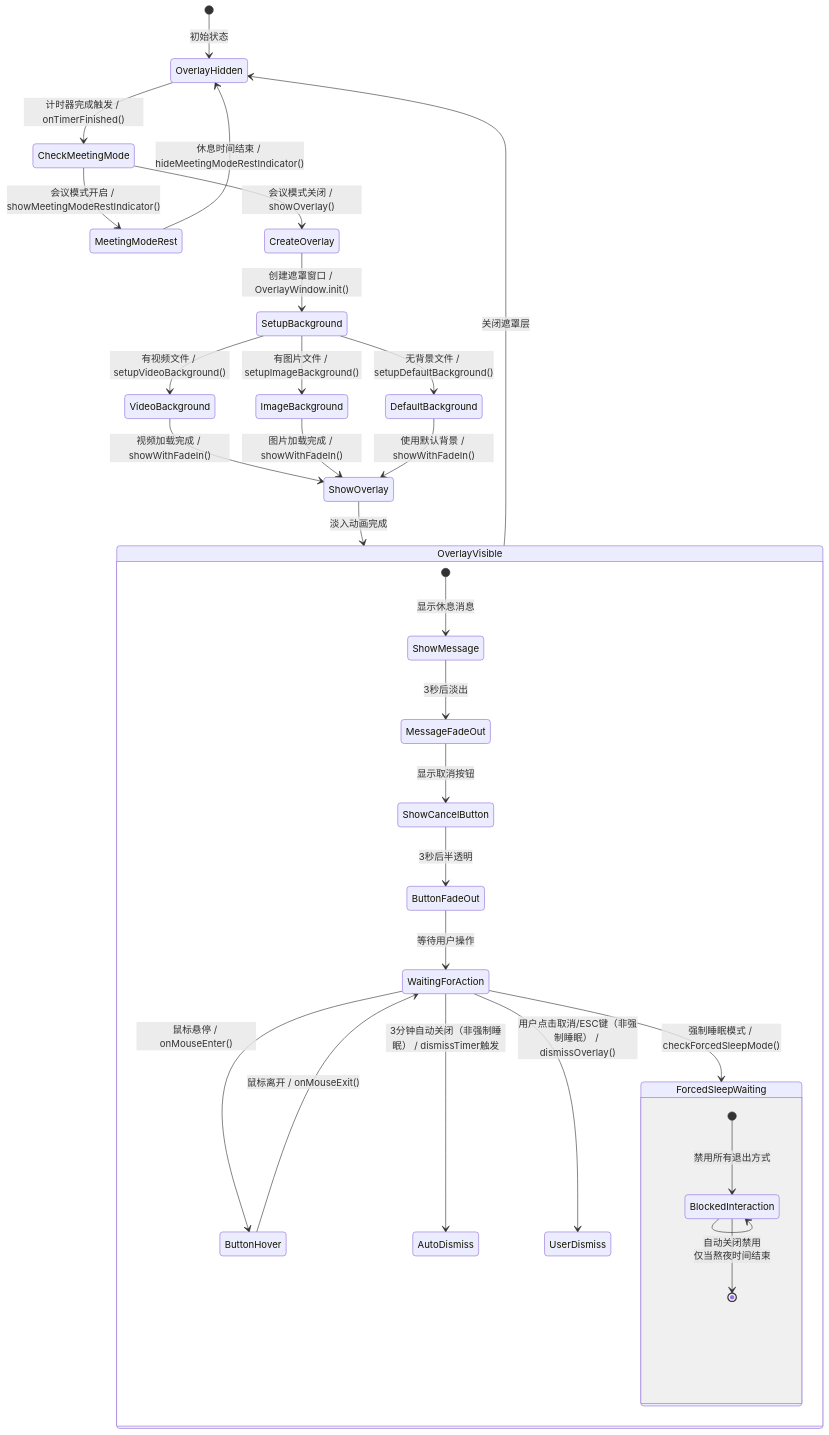
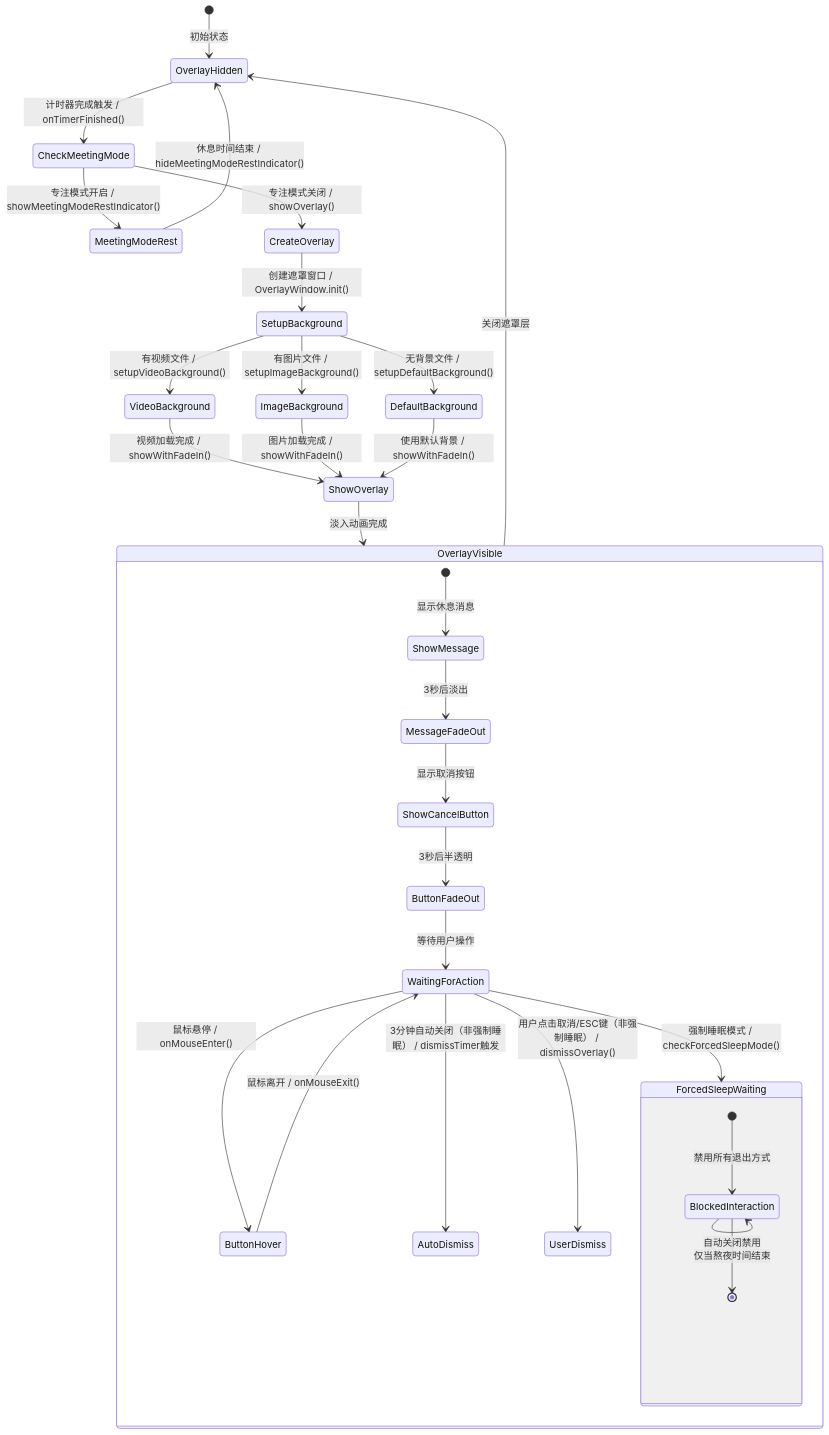
The fourth of 8 diagrams in PomodoroScreen状态转换图.md (Jakegogo/PomodoroScreen), drawn with Mermaid before and after one commit. The commit also changed other lines of this file and 23 other files, not shown here.

````diff
--- a/PomodoroScreen状态转换图.md
+++ b/PomodoroScreen状态转换图.md
@@ -119,48 +119,48 @@
 ```mermaid
 stateDiagram-v2
     [*] --> OverlayHidden : 初始状态
     
     OverlayHidden --> CheckMeetingMode : 计时器完成触发 / onTimerFinished()
-    CheckMeetingMode --> MeetingModeRest : 会议模式开启 / showMeetingModeRestIndicator()
-    CheckMeetingMode --> CreateOverlay : 会议模式关闭 / showOverlay()
+    CheckMeetingMode --> MeetingModeRest : 专注模式开启 / showMeetingModeRestIndicator()
+    CheckMeetingMode --> CreateOverlay : 专注模式关闭 / showOverlay()
     
-    %% 会议模式静默休息
+    %% 专注模式静默休息
     MeetingModeRest --> OverlayHidden : 休息时间结束 / hideMeetingModeRestIndicator()
     
     %% 正常遮罩层流程
     CreateOverlay --> SetupBackground : 创建遮罩窗口 / OverlayWindow.init()
     SetupBackground --> VideoBackground : 有视频文件 / setupVideoBackground()
     SetupBackground --> ImageBackground : 有图片文件 / setupImageBackground()
     SetupBackground --> DefaultBackground : 无背景文件 / setupDefaultBackground()
     
     VideoBackground --> ShowOverlay : 视频加载完成 / showWithFadeIn()
     ImageBackground --> ShowOverlay : 图片加载完成 / showWithFadeIn()
     DefaultBackground --> ShowOverlay : 使用默认背景 / showWithFadeIn()
     
     ShowOverlay --> OverlayVisible : 淡入动画完成
     
     state OverlayVisible {
         [*] --> ShowMessage : 显示休息消息
         ShowMessage --> MessageFadeOut : 3秒后淡出
         MessageFadeOut --> ShowCancelButton : 显示取消按钮
         ShowCancelButton --> ButtonFadeOut : 3秒后半透明
         ButtonFadeOut --> WaitingForAction : 等待用户操作
         
         WaitingForAction --> ButtonHover : 鼠标悬停 / onMouseEnter()
         ButtonHover --> WaitingForAction : 鼠标离开 / onMouseExit()
         WaitingForAction --> AutoDismiss : 3分钟自动关闭（非强制睡眠） / dismissTimer触发
         WaitingForAction --> UserDismiss : 用户点击取消/ESC键（非强制睡眠） / dismissOverlay()
         WaitingForAction --> ForcedSleepWaiting : 强制睡眠模式 / checkForcedSleepMode()
         
         %% 强制睡眠特殊状态
         state ForcedSleepWaiting {
             [*] --> BlockedInteraction : 禁用所有退出方式
             BlockedInteraction --> BlockedInteraction : ESC键被禁用
             BlockedInteraction --> BlockedInteraction : 取消按钮隐藏
             BlockedInteraction --> BlockedInteraction : 自动关闭禁用
             BlockedInteraction --> [*] : 仅当熬夜时间结束
         }
     }
     
     OverlayVisible --> OverlayHidden : 关闭遮罩层
 ```
````
